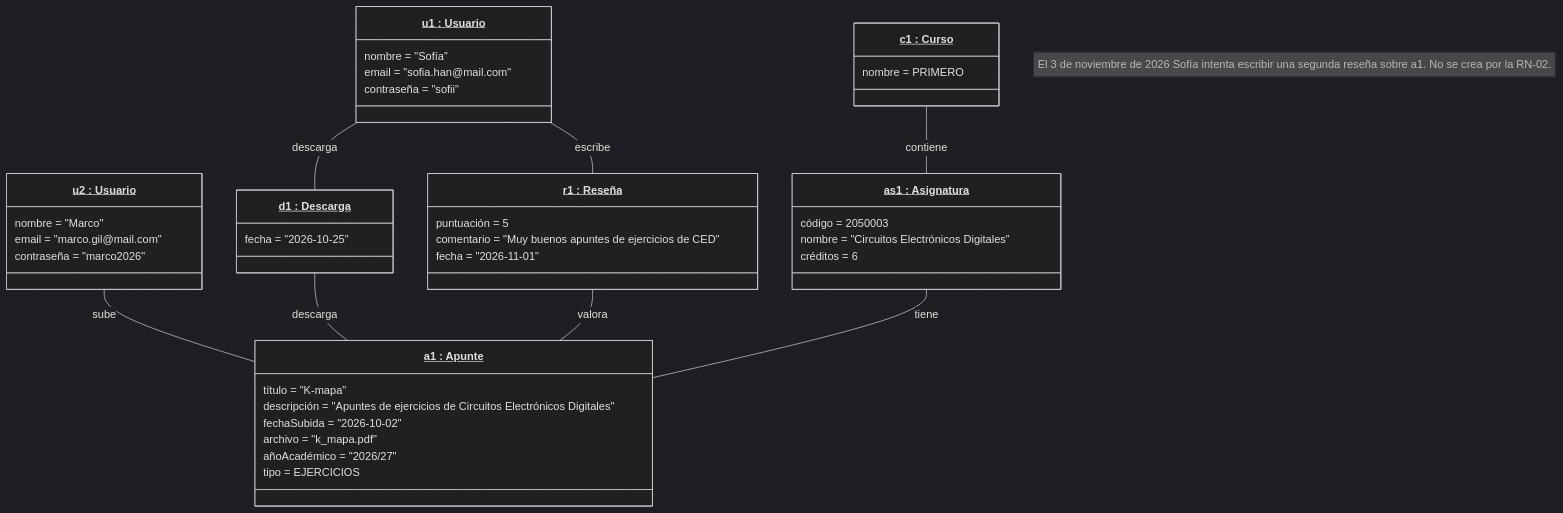
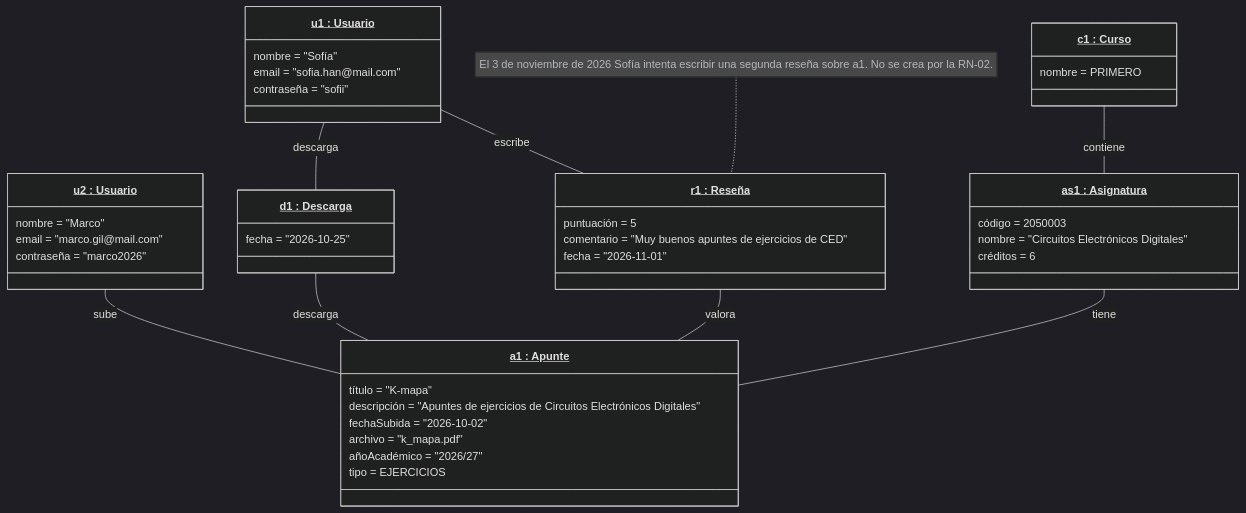
One commit to JaavierBC/proyecto-curso-iissi1-2026-GWQ0807 changed the second of 2 diagrams in README.md. Above: the diagram before and after it, drawn with Mermaid (dark theme).

Commit message:
Actualizar EP-02

````diff
--- a/README.md
+++ b/README.md
@@ -393,48 +393,48 @@
 ```mermaid
 classDiagram
     direction TB
     class u2["<u>u2 : Usuario</u>"]{
         nombre = "Marco"
         email = "marco.gil@mail.com"
         contraseña = "marco2026"
     }
     class u1["<u>u1 : Usuario</u>"]{
         nombre = "Sofía"
         email = "sofia.han@mail.com"
         contraseña = "sofii"
     }
     class a1["<u>a1 : Apunte</u>"]{
         título = "K-mapa"
         descripción = "Apuntes de ejercicios de Circuitos Electrónicos Digitales"
         fechaSubida = "2026-10-02"
         archivo = "k_mapa.pdf"
         añoAcadémico = "2026/27"
         tipo = EJERCICIOS
     }
     class d1["<u>d1 : Descarga</u>"]{
         fecha = "2026-10-25"
     }
     class r1["<u>r1 : Reseña</u>"]{
         puntuación = 5
         comentario = "Muy buenos apuntes de ejercicios de CED"
         fecha = "2026-11-01"
     }
     class as1["<u>as1 : Asignatura</u>"]{
         código = 2050003
         nombre = "Circuitos Electrónicos Digitales"
         créditos = 6
     }
     class c1["<u>c1 : Curso</u>"]{
         nombre = PRIMERO
     }
 
     u2 -- a1 : sube
     u1 -- d1 : descarga
     d1 -- a1 : descarga
     u1 -- r1 : escribe
     r1 -- a1 : valora
     as1 -- a1 : tiene
     c1 -- as1 : contiene
 
-    note "El 3 de noviembre de 2026 Sofía intenta escribir una segunda reseña sobre a1. No se crea por la RN-02."
+    note for r1 "El 3 de noviembre de 2026 Sofía intenta escribir una segunda reseña sobre a1. No se crea por la RN-02."
 ```
````
